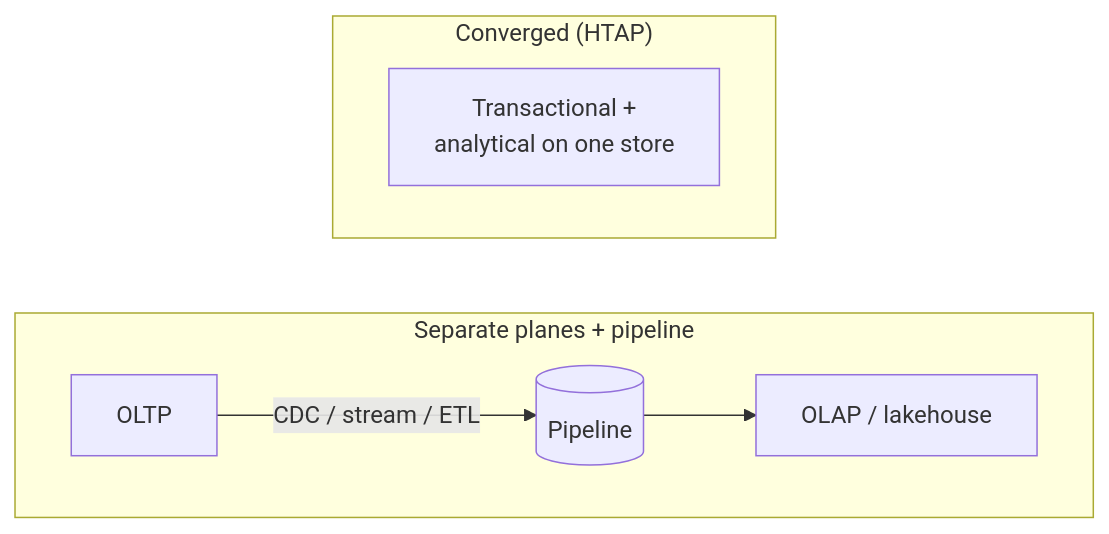
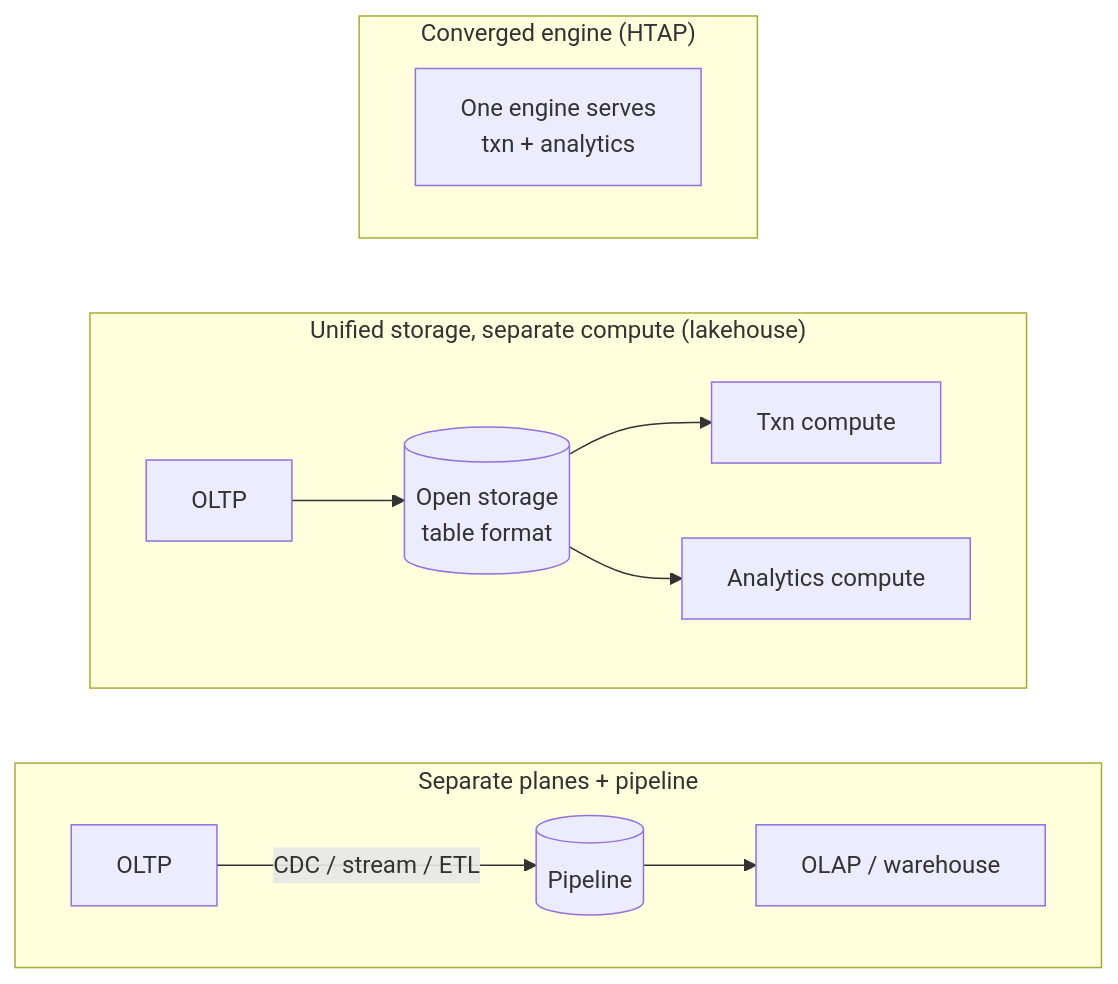
Before and after one commit to raghavarora12/engineering-playbook: the diagram in adrs/004-operational-vs-analytical-data-planes.md, drawn with Mermaid. The commit also changed other lines of this file and 6 other files, not shown here.

````diff
--- a/adrs/004-operational-vs-analytical-data-planes.md
+++ b/adrs/004-operational-vs-analytical-data-planes.md
@@ -35,12 +39,18 @@
 ```mermaid
 flowchart LR
     subgraph SEP["Separate planes + pipeline"]
         direction LR
         o1["OLTP"] -->|"CDC / stream / ETL"| p1[("Pipeline")]
-        p1 --> a1["OLAP / lakehouse"]
+        p1 --> a1["OLAP / warehouse"]
     end
-    subgraph CON["Converged (HTAP)"]
+    subgraph LAKE["Unified storage, separate compute (lakehouse)"]
         direction LR
-        o2["Transactional +<br/>analytical on one store"]
+        o2["OLTP"] --> st[("Open storage<br/>table format")]
+        st --> ac1["Txn compute"]
+        st --> ac2["Analytics compute"]
+    end
+    subgraph CON["Converged engine (HTAP)"]
+        direction LR
+        o3["One engine serves<br/>txn + analytics"]
     end
 ```
````
